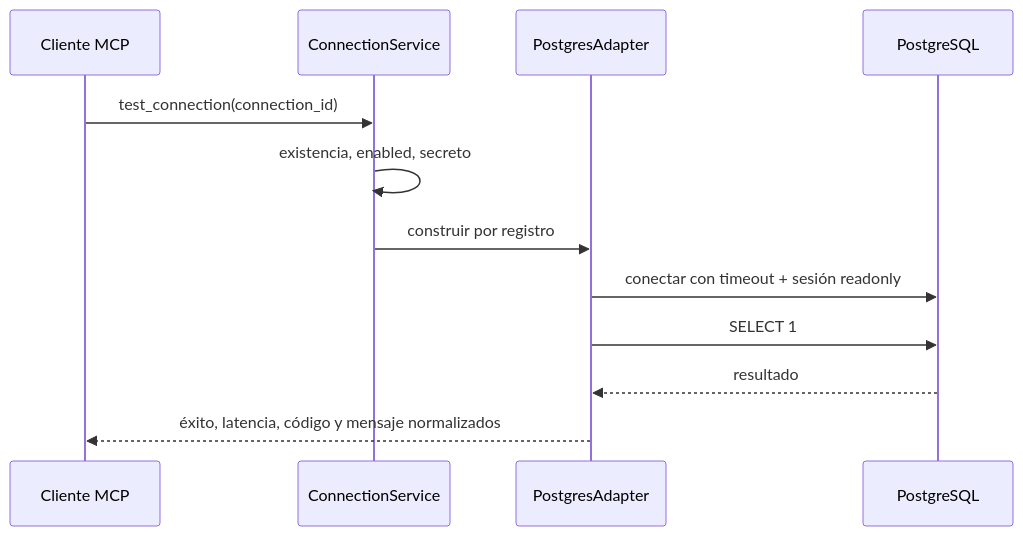
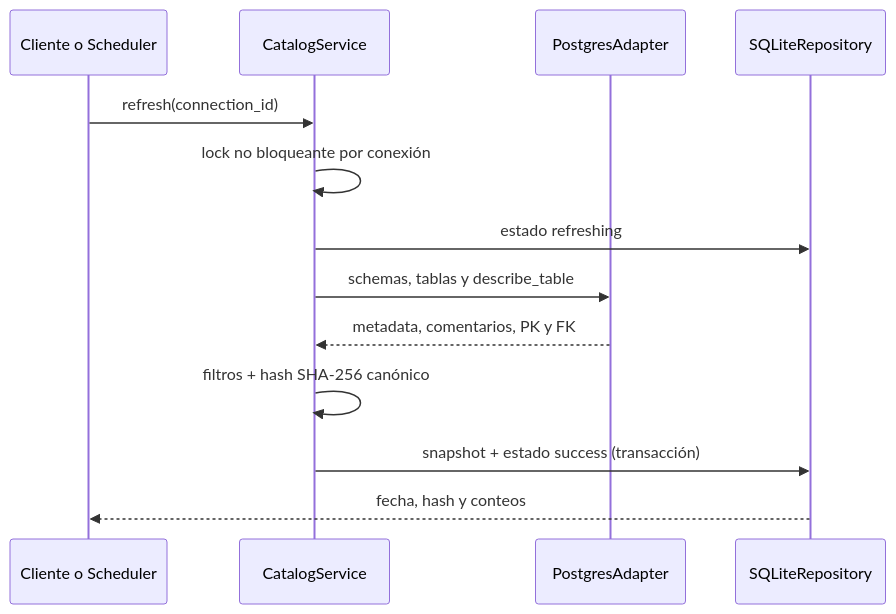
One commit to 1franky/data-analits-MCP changed the second of 2 diagrams in docs/architecture.md. Above: the diagram before and after it, drawn with Mermaid. The commit also changed other lines of this file and 42 other files, not shown here.

````diff
--- a/docs/architecture.md
+++ b/docs/architecture.md
@@ -65,14 +52,15 @@
 ```mermaid
 sequenceDiagram
-    participant C as Cliente MCP
-    participant S as ConnectionService
+    participant C as Cliente o Scheduler
+    participant S as CatalogService
     participant A as PostgresAdapter
-    participant P as PostgreSQL
-    C->>S: test_connection(connection_id)
-    S->>S: existencia, enabled, secreto
-    S->>A: construir por registro
-    A->>P: conectar con timeout + sesión readonly
-    A->>P: SELECT 1
-    P-->>A: resultado
-    A-->>C: éxito, latencia, código y mensaje normalizados
+    participant R as SQLiteRepository
+    C->>S: refresh(connection_id)
+    S->>S: lock no bloqueante por conexión
+    S->>R: estado refreshing
+    S->>A: schemas, tablas y describe_table
+    A-->>S: metadata, comentarios, PK y FK
+    S->>S: filtros + hash SHA-256 canónico
+    S->>R: snapshot + estado success (transacción)
+    R-->>C: fecha, hash y conteos
 ```
````
